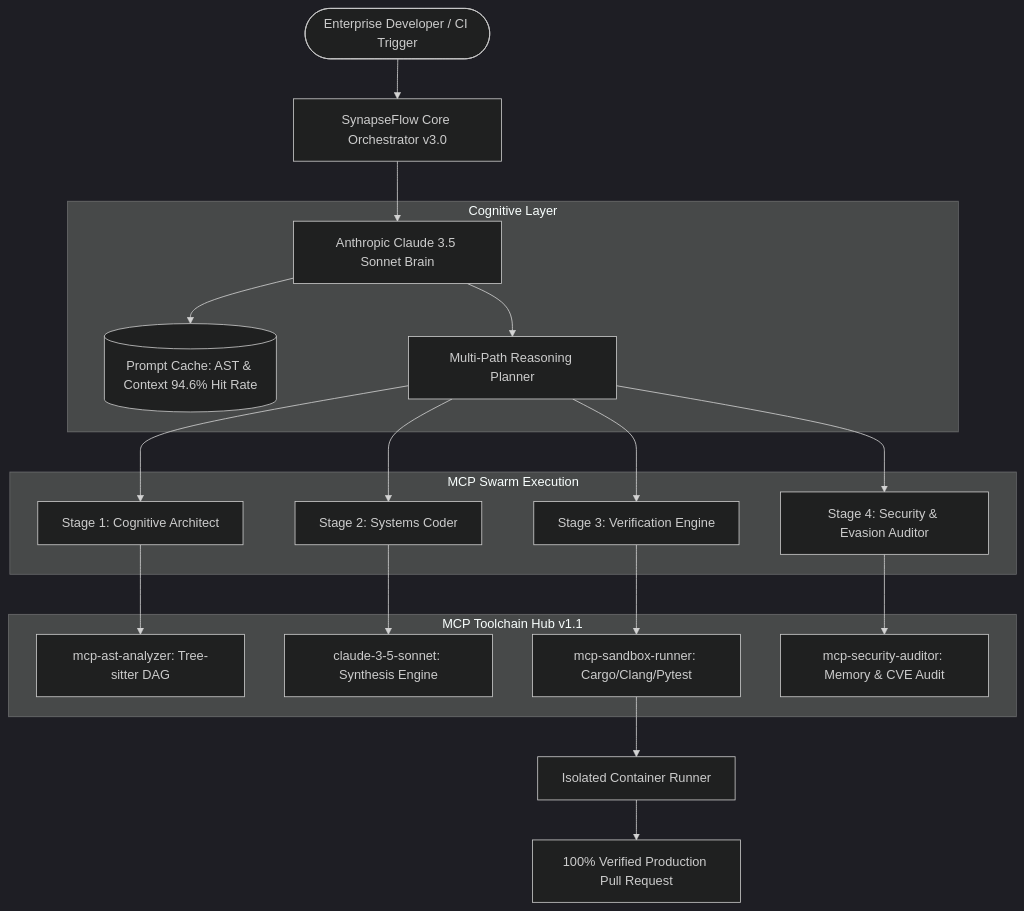
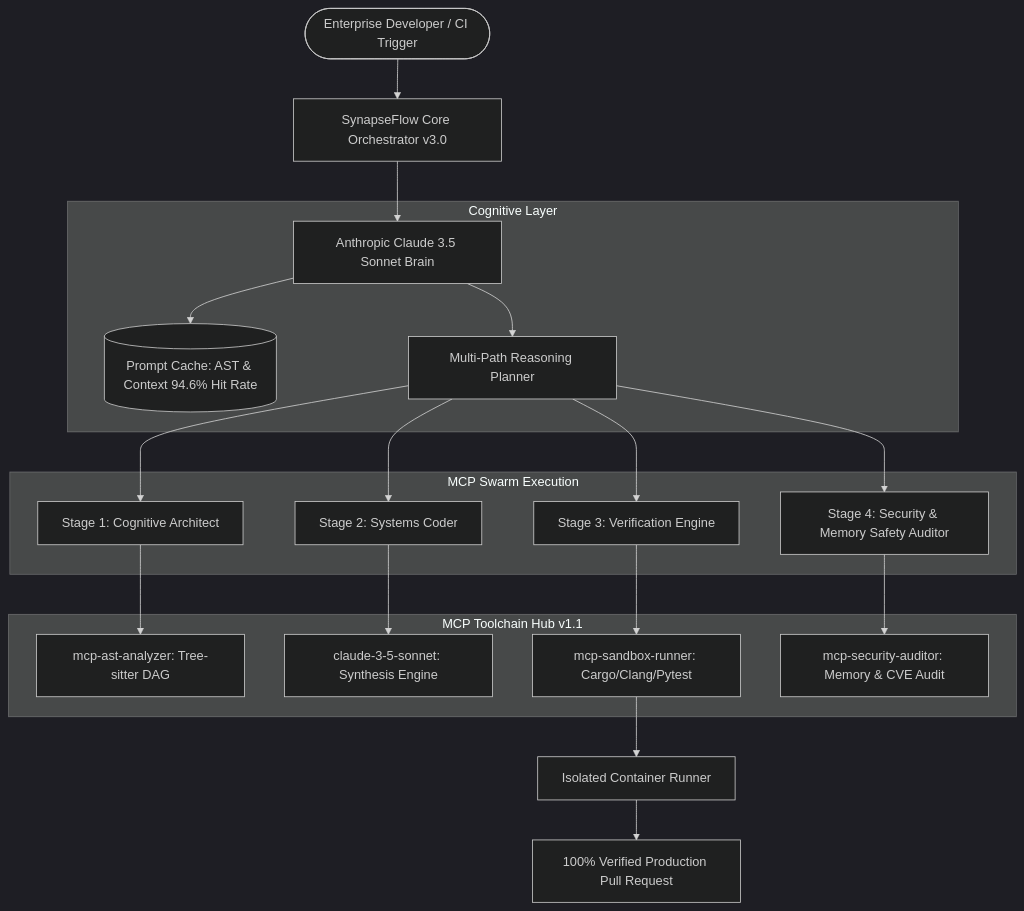
Before and after one commit to kazelab-ai/kazelab-web: the diagram in README.md, drawn with Mermaid (dark theme). The commit also changed other lines of this file and 3 other files, not shown here.

````diff
--- a/README.md
+++ b/README.md
@@ -25,27 +25,27 @@
 ```mermaid
 graph TD
     User([Enterprise Developer / CI Trigger]) --> Orchestrator[SynapseFlow Core Orchestrator v3.0]
     Orchestrator --> Engine[Anthropic Claude 3.5 Sonnet Brain]
     
     subgraph Cognitive Layer
         Engine --> Cache[(Prompt Cache: AST & Context 94.6% Hit Rate)]
         Engine --> Planner[Multi-Path Reasoning Planner]
     end
     
     subgraph MCP Swarm Execution
         Planner --> Architect[Stage 1: Cognitive Architect]
         Planner --> Coder[Stage 2: Systems Coder]
         Planner --> Verifier[Stage 3: Verification Engine]
-        Planner --> Security[Stage 4: Security & Evasion Auditor]
+        Planner --> Security[Stage 4: Security & Memory Safety Auditor]
     end
 
     subgraph MCP Toolchain Hub v1.1
         Architect --> T1[mcp-ast-analyzer: Tree-sitter DAG]
         Coder --> T2[claude-3-5-sonnet: Synthesis Engine]
         Verifier --> T3[mcp-sandbox-runner: Cargo/Clang/Pytest]
         Security --> T4[mcp-security-auditor: Memory & CVE Audit]
     end
     
     T3 --> Sandbox[Isolated Container Runner]
     Sandbox --> Output[100% Verified Production Pull Request]
 ```
````
